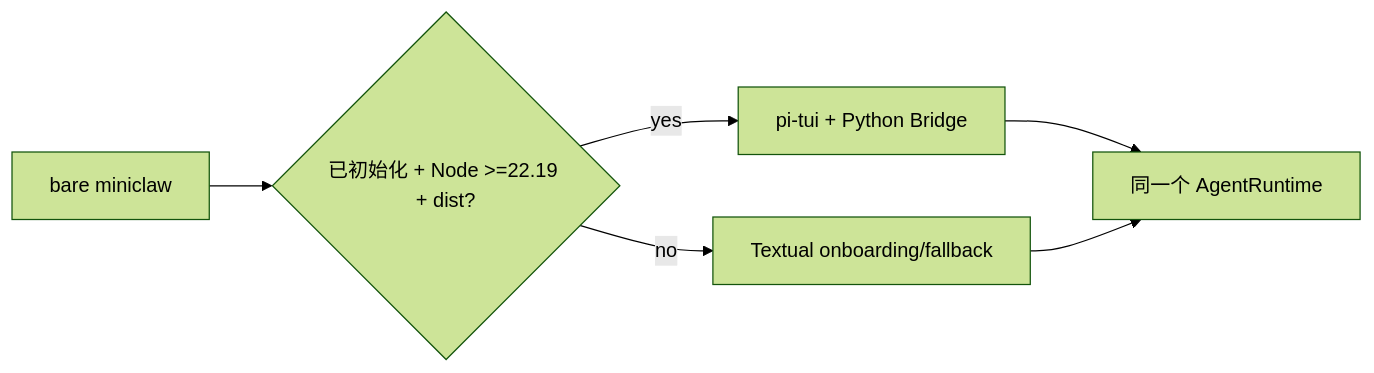
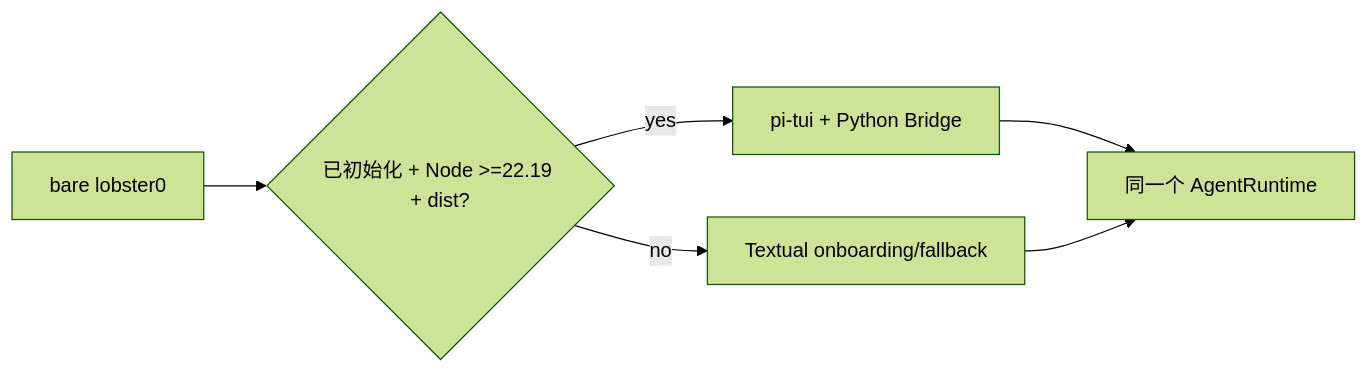
One commit to NEDONION/lobster0 changed the first of 8 diagrams in docs/engineering/phase-2/20260808_single-entry-tui.md. Above: the diagram before and after it, drawn with Mermaid (forest theme). The commit also changed other lines of this file and 221 other files, not shown here.

```diff
--- a/docs/engineering/phase-2/20260808_single-entry-tui.md
+++ b/docs/engineering/phase-2/20260808_single-entry-tui.md
@@ -12,8 +12,8 @@
 ~~~mermaid
 flowchart LR
-    CLI["bare miniclaw"] --> CHECK{"已初始化 + Node >=22.19 + dist?"}
+    CLI["bare lobster0"] --> CHECK{"已初始化 + Node >=22.19 + dist?"}
     CHECK -->|yes| PI["pi-tui + Python Bridge"]
     CHECK -->|no| TEXTUAL["Textual onboarding/fallback"]
     PI --> CORE["同一个 AgentRuntime"]
     TEXTUAL --> CORE
 ~~~
```
